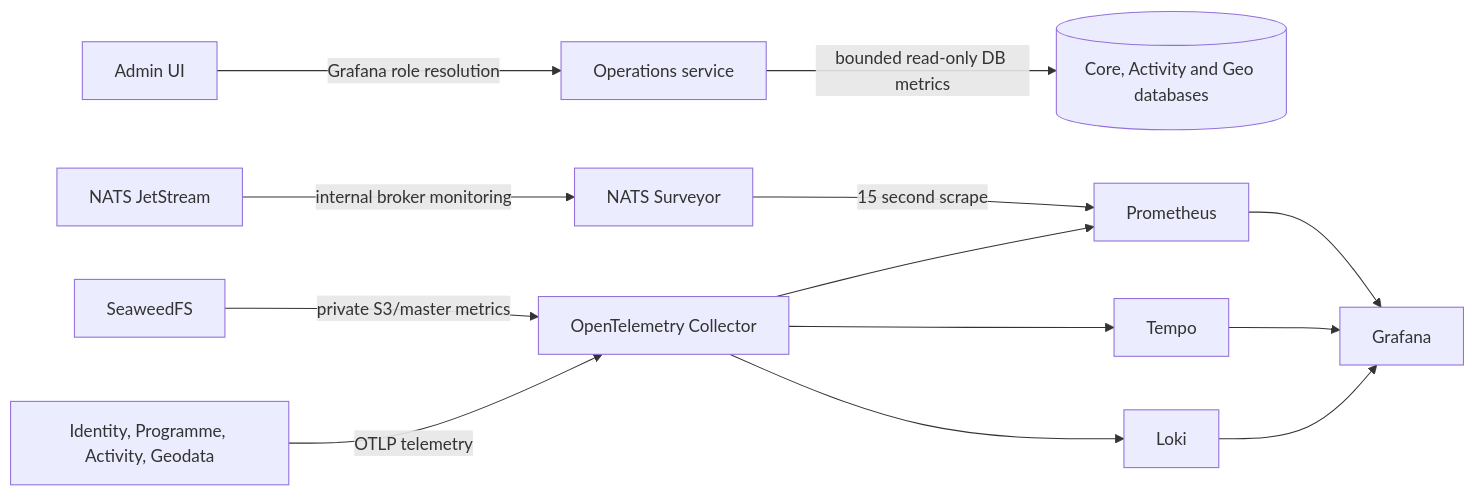
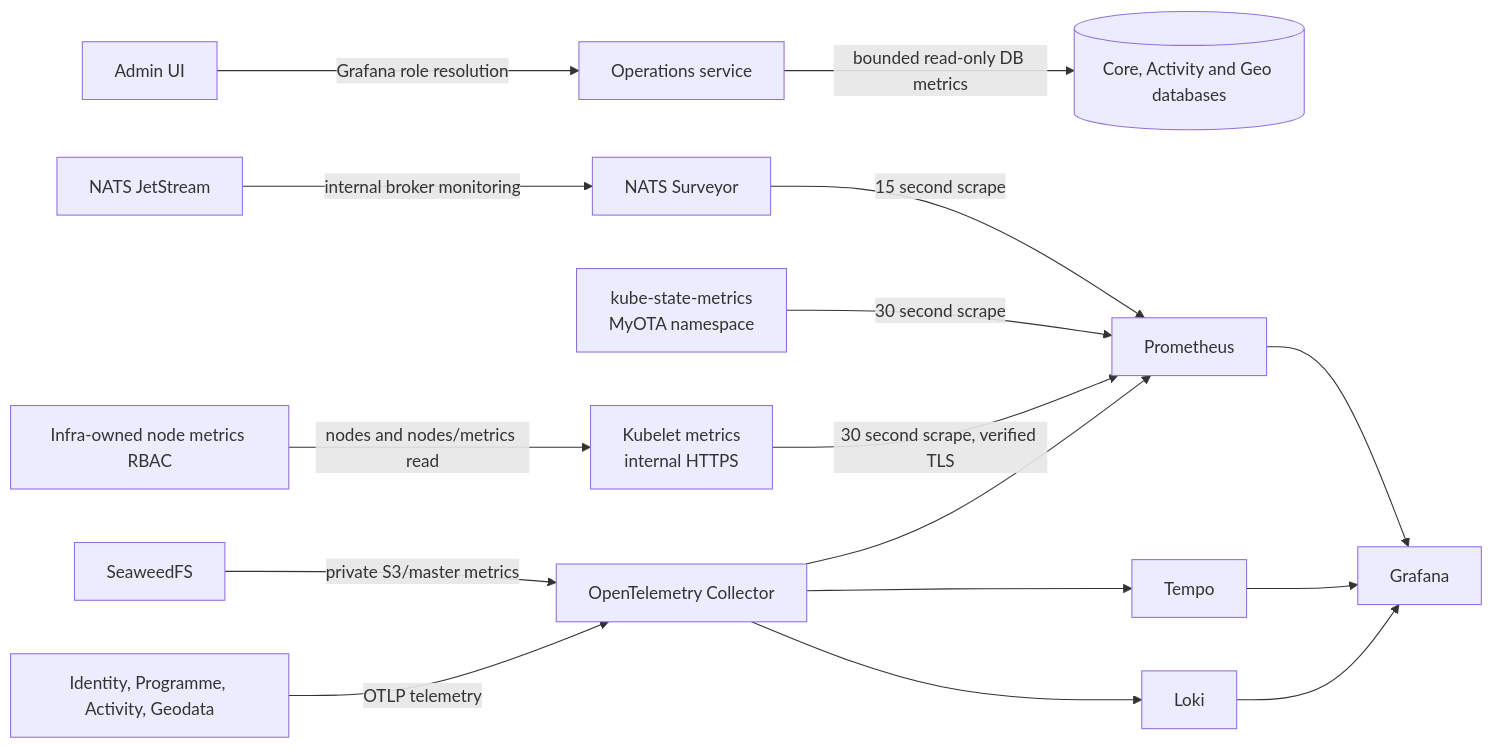
One commit to myota-platform/myota-docs changed the diagram in docs/architecture/diagrams/observability-architecture.md. Above: the diagram before and after it, drawn with Mermaid. The commit also changed other lines of this file and 8 other files, not shown here.

````diff
--- a/docs/architecture/diagrams/observability-architecture.md
+++ b/docs/architecture/diagrams/observability-architecture.md
@@ -3,28 +3,36 @@
 ```mermaid
 flowchart LR
   UI[Admin UI]
   Ops[Operations service]
   DB[(Core, Activity and Geo databases)]
   SW[SeaweedFS]
   NATS[NATS JetStream]
   Surveyor[NATS Surveyor]
+  KSM[kube-state-metrics
+MyOTA namespace]
+  Kubelet[Kubelet metrics
+internal HTTPS]
   Prom[Prometheus]
   Tempo[Tempo]
   Loki[Loki]
   Collector[OpenTelemetry Collector]
   Services[Identity, Programme, Activity, Geodata]
   Grafana[Grafana]
+  InfraRBAC[Infra-owned node metrics RBAC]
 
   UI -->|Grafana role resolution| Ops
   SW -->|private S3/master metrics| Collector
   Ops -->|bounded read-only DB metrics| DB
   NATS -->|internal broker monitoring| Surveyor
   Surveyor -->|15 second scrape| Prom
+  KSM -->|30 second scrape| Prom
+  InfraRBAC -->|nodes and nodes/metrics read| Kubelet
+  Kubelet -->|30 second scrape, verified TLS| Prom
   Services -->|OTLP telemetry| Collector
   Collector --> Prom
   Collector --> Tempo
   Collector --> Loki
   Prom --> Grafana
   Tempo --> Grafana
   Loki --> Grafana
 ```
````
